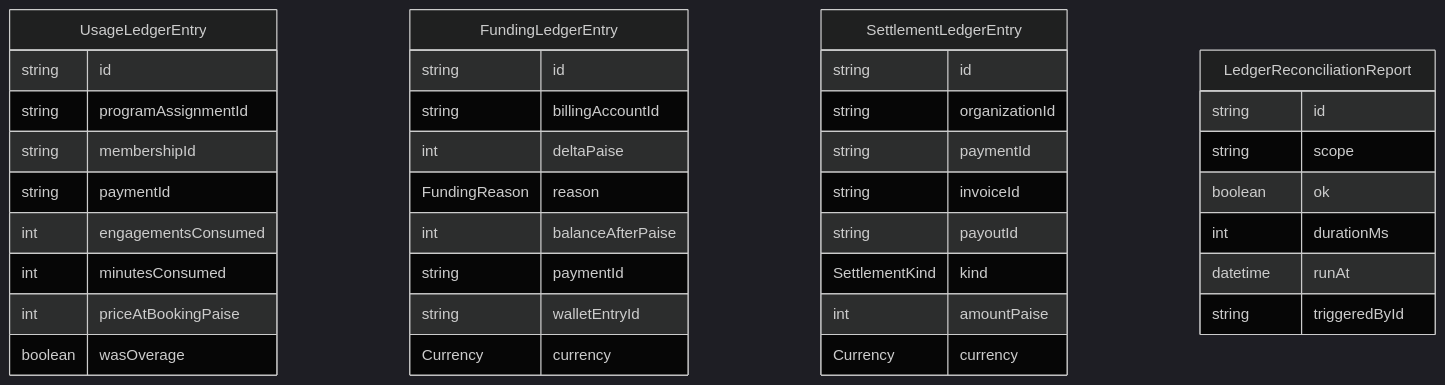
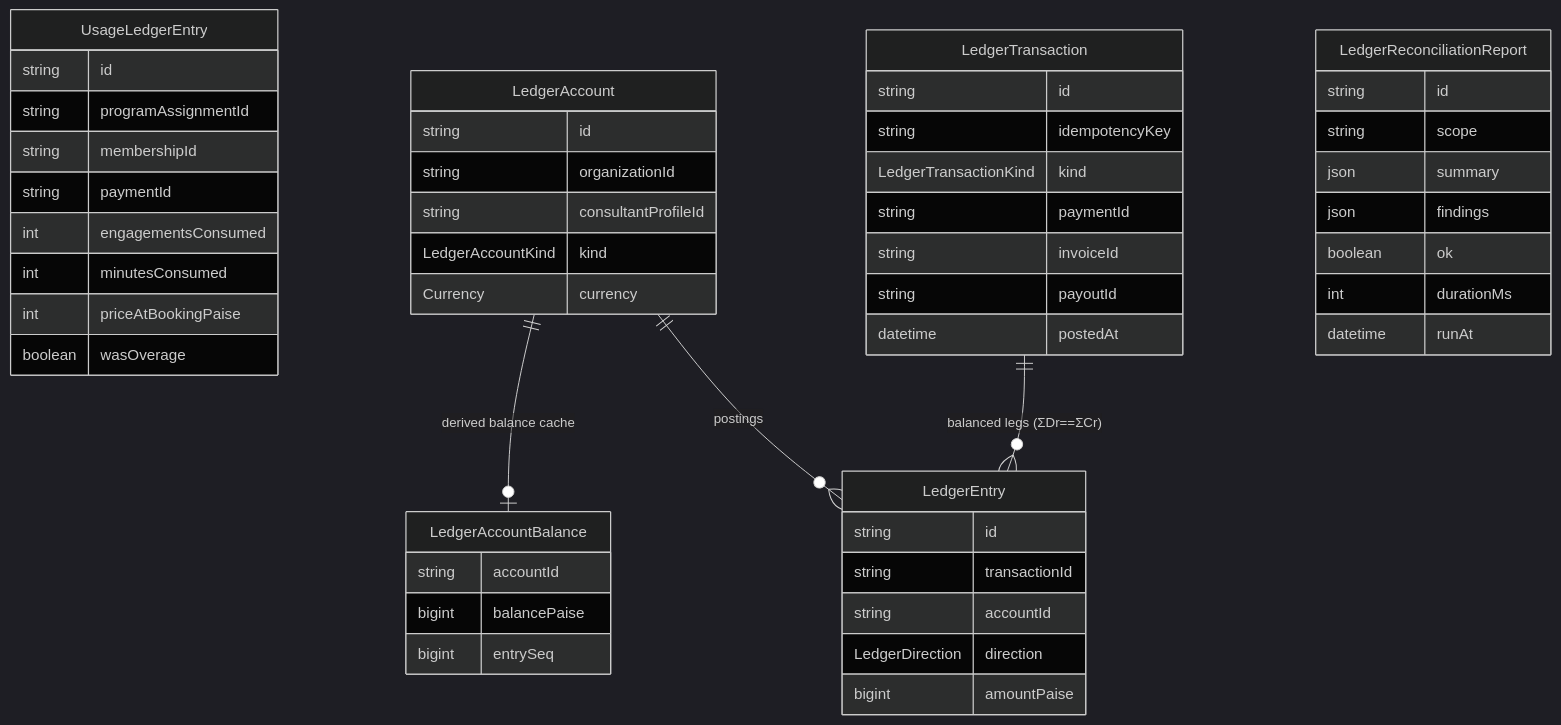
Diagram 21 of 24 in SCHEMA_MAP.md (Practitionist/familiarise_web), drawn with Mermaid (dark theme) before and after one commit. The commit also changed other lines of this file and 46 other files, not shown here.

````diff
--- a/SCHEMA_MAP.md
+++ b/SCHEMA_MAP.md
@@ -1464,41 +1583,54 @@
 ```mermaid
 erDiagram
     UsageLedgerEntry {
         string id
         string programAssignmentId
         string membershipId
         string paymentId
         int engagementsConsumed
         int minutesConsumed
         int priceAtBookingPaise
         boolean wasOverage
     }
-    FundingLedgerEntry {
+    LedgerAccount {
         string id
-        string billingAccountId
-        int deltaPaise
-        FundingReason reason
-        int balanceAfterPaise
-        string paymentId
-        string walletEntryId
+        string organizationId
+        string consultantProfileId
+        LedgerAccountKind kind
         Currency currency
     }
-    SettlementLedgerEntry {
+    LedgerAccountBalance {
+        string accountId
+        bigint balancePaise
+        bigint entrySeq
+    }
+    LedgerTransaction {
         string id
-        string organizationId
+        string idempotencyKey
+        LedgerTransactionKind kind
         string paymentId
         string invoiceId
         string payoutId
-        SettlementKind kind
-        int amountPaise
-        Currency currency
+        datetime postedAt
+    }
+    LedgerEntry {
+        string id
+        string transactionId
+        string accountId
+        LedgerDirection direction
+        bigint amountPaise
     }
     LedgerReconciliationReport {
         string id
         string scope
+        json summary
+        json findings
         boolean ok
         int durationMs
         datetime runAt
-        string triggeredById
     }
+
+    LedgerAccount ||--o| LedgerAccountBalance : "derived balance cache"
+    LedgerAccount ||--o{ LedgerEntry : "postings"
+    LedgerTransaction ||--o{ LedgerEntry : "balanced legs (ΣDr==ΣCr)"
 ```
````
